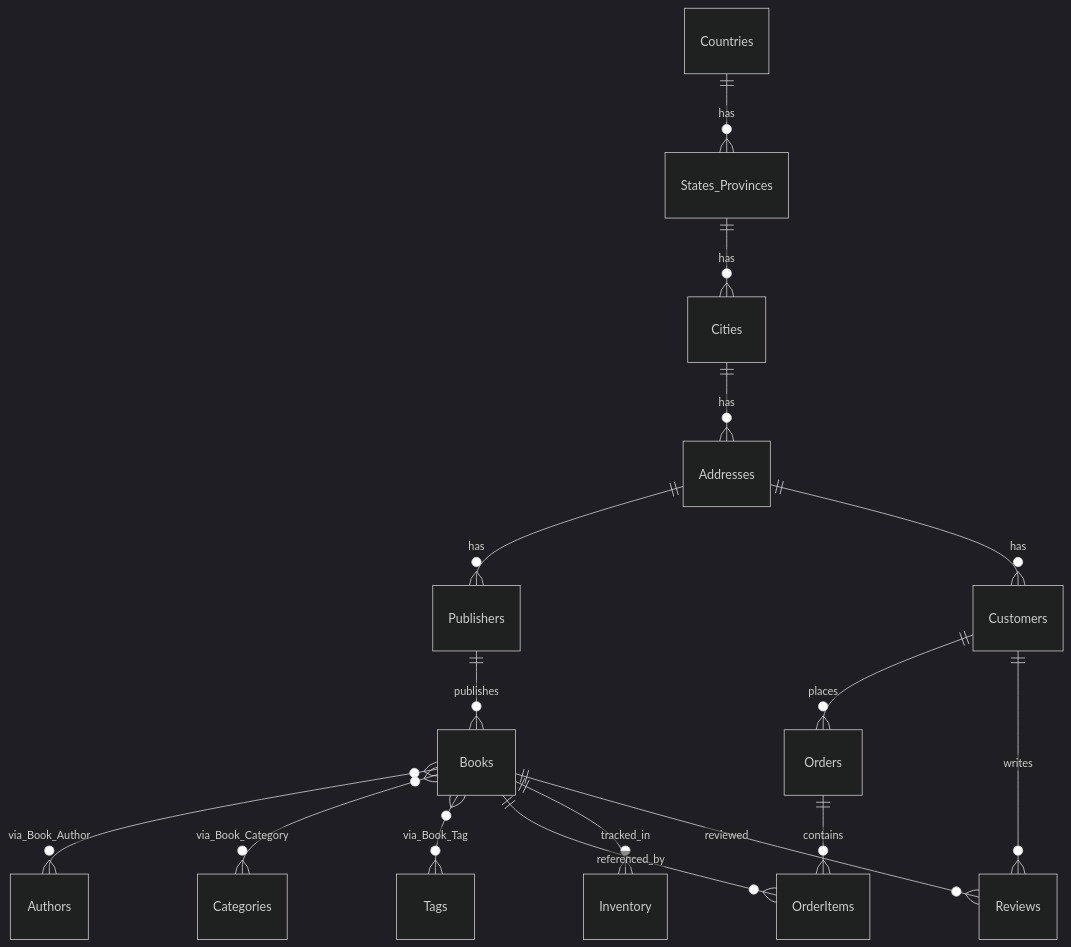
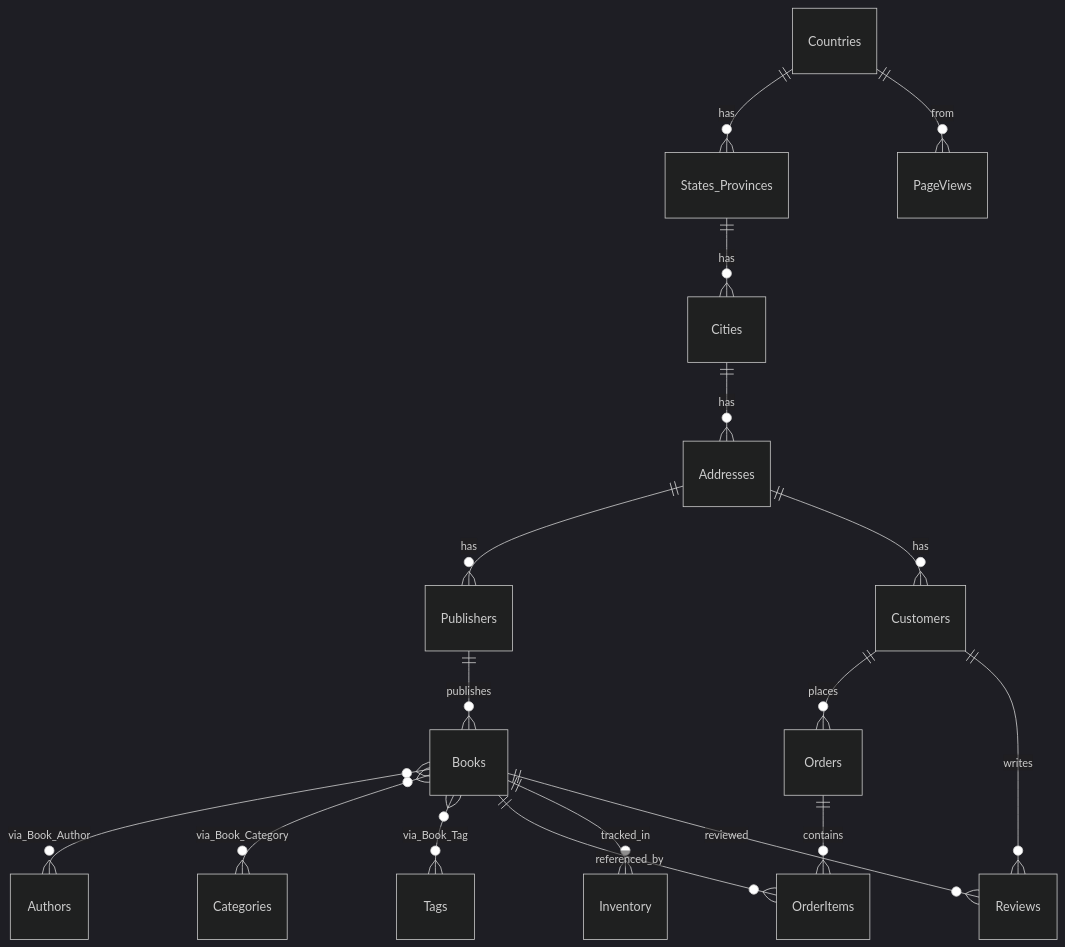
One commit to LearnWithLlew/LoadersAndSavers.java changed the diagram in docs/database_schema.md. Above: the diagram before and after it, drawn with Mermaid (dark theme). The commit also changed other lines of this file and 9 other files, not shown here.

````diff
--- a/docs/database_schema.md
+++ b/docs/database_schema.md
@@ -7,24 +7,26 @@
 ```mermaid
 erDiagram
     Countries ||--o{ States_Provinces : has
     States_Provinces ||--o{ Cities : has
     Cities ||--o{ Addresses : has
 
     Addresses ||--o{ Publishers : has
     Addresses ||--o{ Customers : has
 
     Publishers ||--o{ Books : publishes
 
     Books }o--o{ Authors : via_Book_Author
     Books }o--o{ Categories : via_Book_Category
     Books }o--o{ Tags : via_Book_Tag
 
     Customers ||--o{ Orders : places
     Orders ||--o{ OrderItems : contains
     Books ||--o{ OrderItems : referenced_by
 
     Books ||--o{ Inventory : tracked_in
     Books ||--o{ Reviews : reviewed
     Customers ||--o{ Reviews : writes
+    
+    Countries ||--o{ PageViews : from
 
 ```
````
